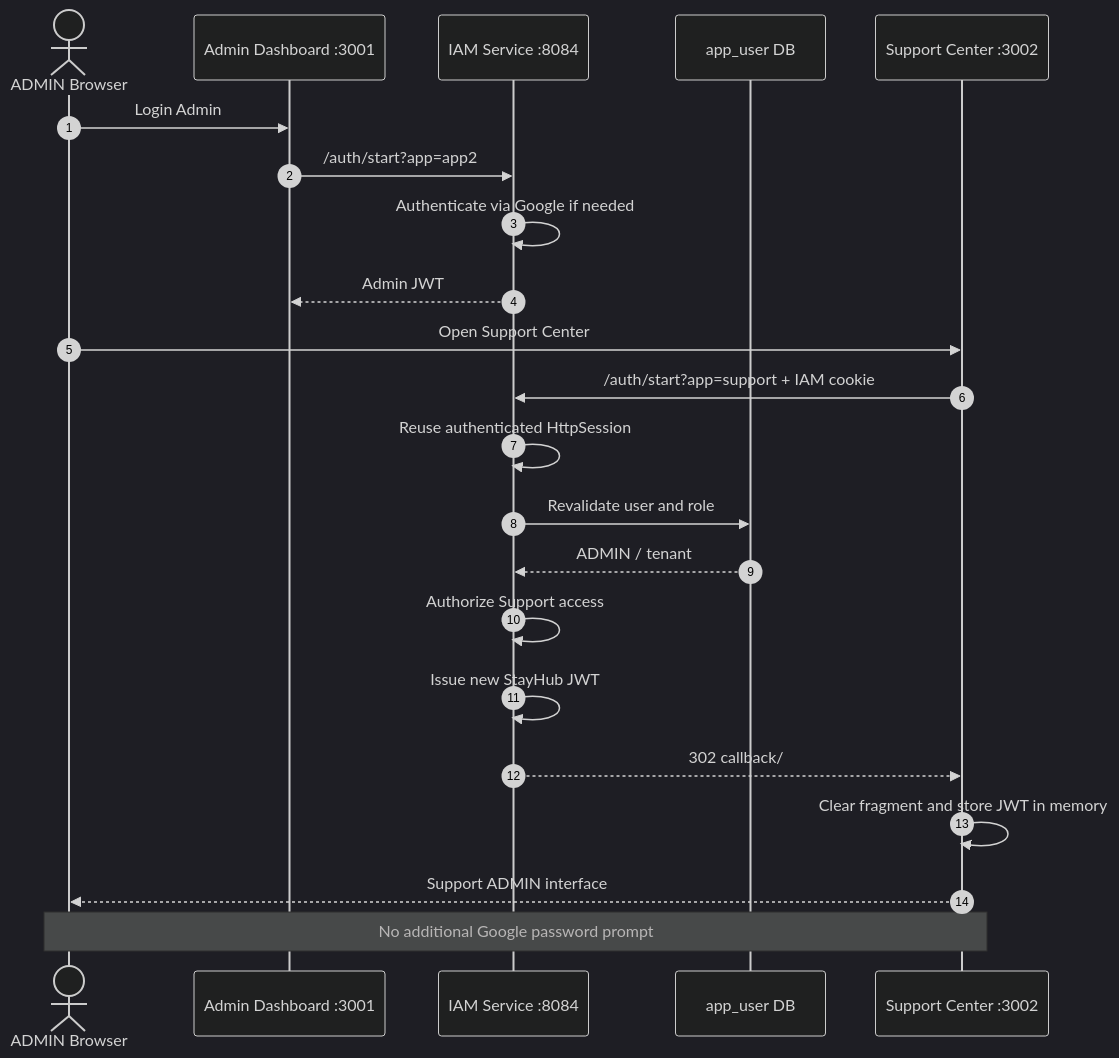
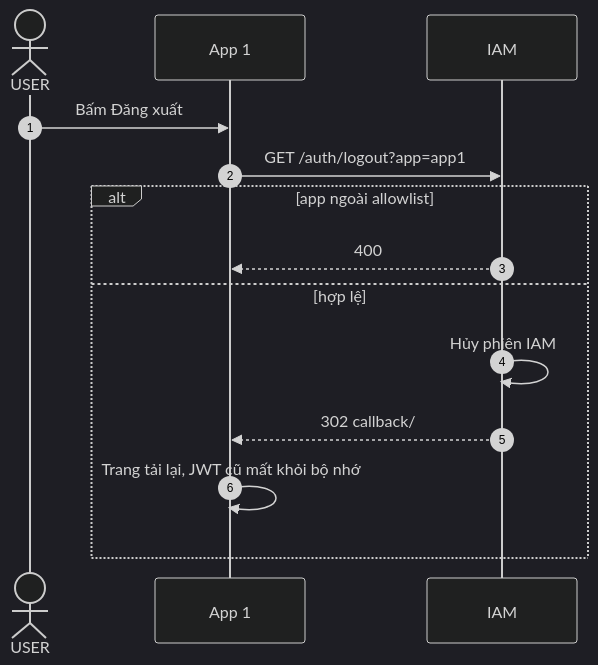
The third of 3 diagrams in backend/docs/documents/iam-sso.md (oabga/HotelBookingSystem), drawn with Mermaid (dark theme) before and after one commit. The commit also changed other lines of this file and 21 other files, not shown here.

````diff
--- a/backend/docs/documents/iam-sso.md
+++ b/backend/docs/documents/iam-sso.md
@@ -713,31 +166,16 @@
 ```mermaid
 sequenceDiagram
     autonumber
-
-    actor U as ADMIN Browser
-    participant A as Admin Dashboard :3001
-    participant I as IAM Service :8084
-    participant D as app_user DB
-    participant S as Support Center :3002
-
-    U->>A: Login Admin
-    A->>I: /auth/start?app=app2
-    I->>I: Authenticate via Google if needed
-    I-->>A: Admin JWT
-
-    U->>S: Open Support Center
-    S->>I: /auth/start?app=support + IAM cookie
-
-    I->>I: Reuse authenticated HttpSession
-    I->>D: Revalidate user and role
-    D-->>I: ADMIN / tenant
-
-    I->>I: Authorize Support access
-    I->>I: Issue new StayHub JWT
-
-    I-->>S: 302 callback/#token=...
-    S->>S: Clear fragment and store JWT in memory
-    S-->>U: Support ADMIN interface
-
-    Note over U,S: No additional Google password prompt
+    actor U as USER
+    participant A as App 1
+    participant I as IAM
+    U->>A: Bấm Đăng xuất
+    A->>I: GET /auth/logout?app=app1
+    alt app ngoài allowlist
+        I-->>A: 400
+    else hợp lệ
+        I->>I: Hủy phiên IAM
+        I-->>A: 302 callback/#logged_out
+        A->>A: Trang tải lại, JWT cũ mất khỏi bộ nhớ
+    end
 ```
````
